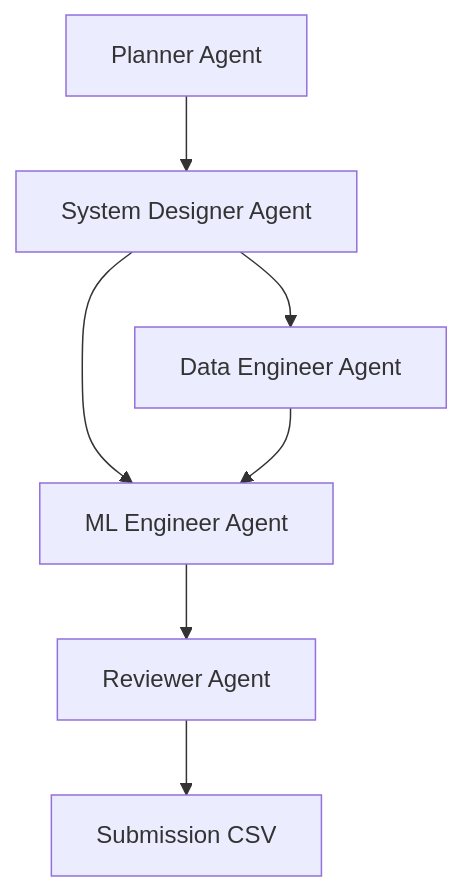
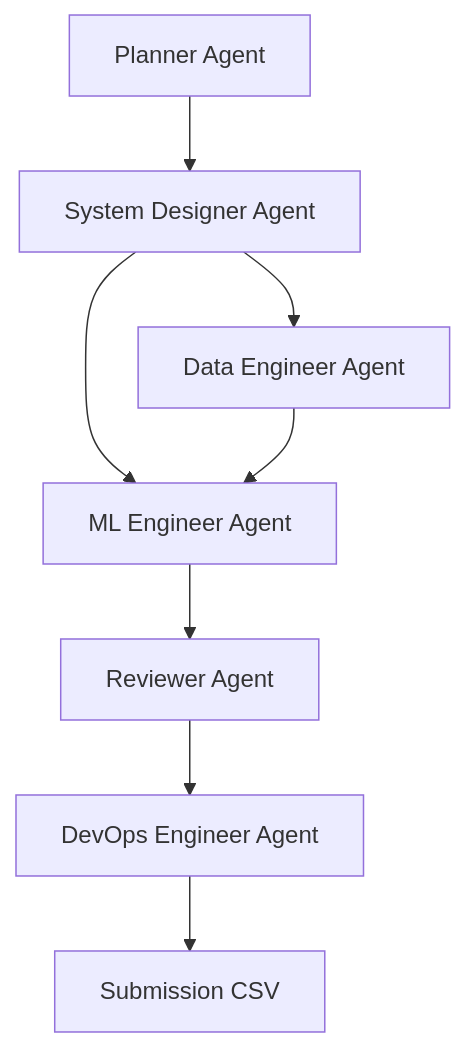
One commit to SrikanthMoreboina/The-Data-AI-Challenge---Hackthon changed the diagram in .agents/AGENTS.md. Above: the diagram before and after it, drawn with Mermaid. The commit also changed other lines of this file and 3 other files, not shown here.

````diff
--- a/.agents/AGENTS.md
+++ b/.agents/AGENTS.md
@@ -9,9 +9,10 @@
 ```mermaid
 graph TD
     P[Planner Agent] --> SD[System Designer Agent]
     SD --> DE[Data Engineer Agent]
     SD --> ML[ML Engineer Agent]
     DE --> ML
     ML --> R[Reviewer Agent]
-    R --> Final[Submission CSV]
+    R --> DO[DevOps Engineer Agent]
+    DO --> Final[Submission CSV]
 ```
````
